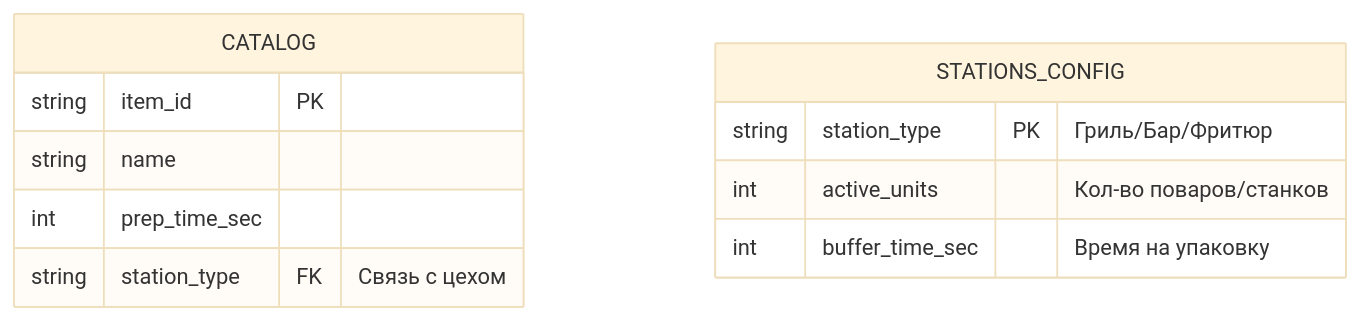
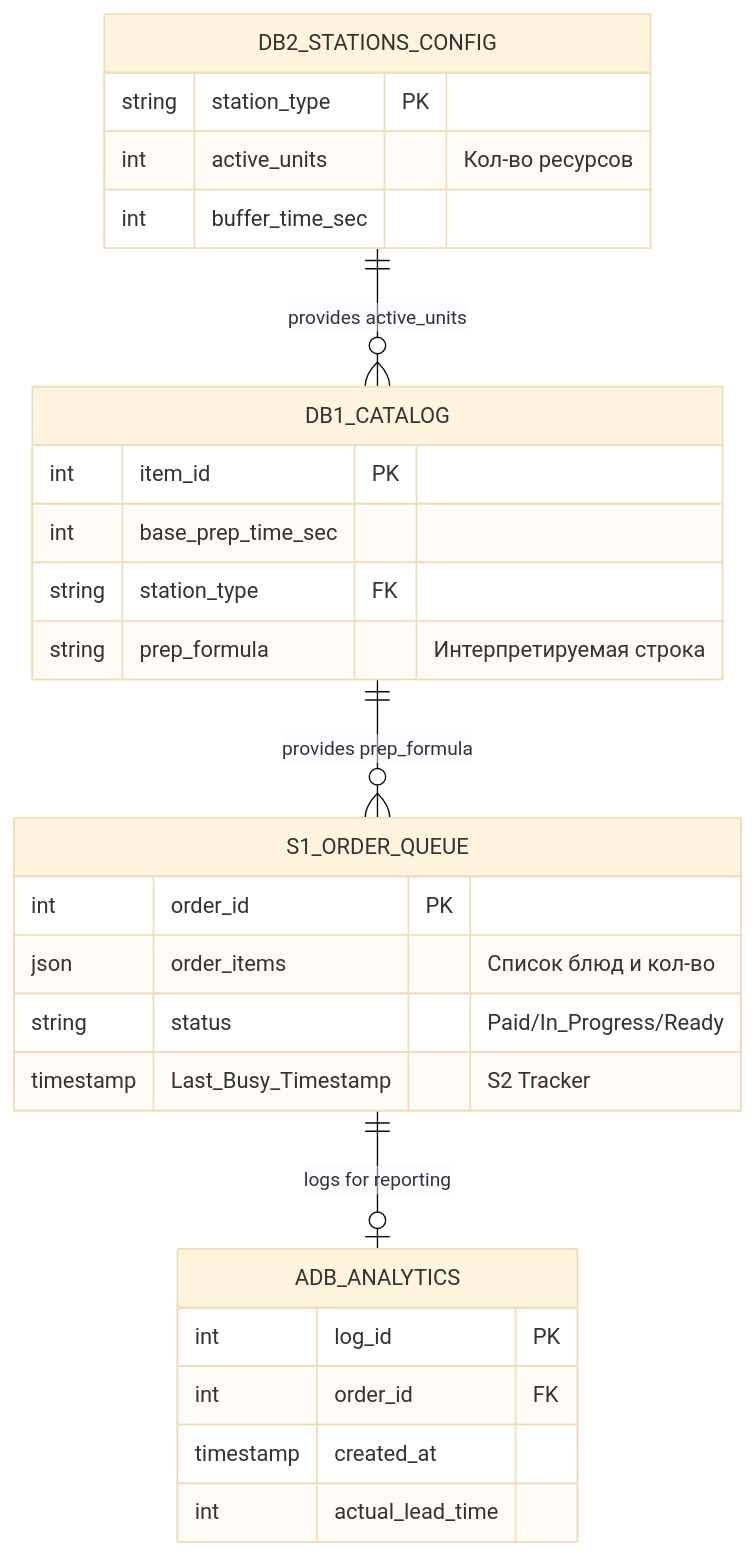
The third of 3 diagrams in docs/EPIC_01_Ordering.md (WGexe/KitchenSync), drawn with Mermaid (base theme) before and after one commit. The commit also changed other lines of this file, not shown here.

````diff
--- a/docs/EPIC_01_Ordering.md
+++ b/docs/EPIC_01_Ordering.md
@@ -139,16 +144,38 @@
 ```mermaid
 erDiagram
-    CATALOG {
-        string item_id PK
-        string name
-        int prep_time_sec
-        string station_type FK "Связь с цехом"
-    }
-    
-    STATIONS_CONFIG {
-        string station_type PK "Гриль/Бар/Фритюр"
-        int active_units "Кол-во поваров/станков"
-        int buffer_time_sec "Время на упаковку"
+    %% Справочный контур
+    DB1_CATALOG ||--o{ S1_ORDER_QUEUE : "provides prep_formula"
+    DB2_STATIONS_CONFIG ||--o{ DB1_CATALOG : "provides active_units"
+    S1_ORDER_QUEUE ||--o| ADB_ANALYTICS : "logs for reporting"
+
+    DB1_CATALOG {
+        int item_id PK
+        int base_prep_time_sec
+        string station_type FK
+        string prep_formula "Интерпретируемая строка"
     }
 
+    DB2_STATIONS_CONFIG {
+        string station_type PK
+        int active_units "Кол-во ресурсов"
+        int buffer_time_sec
+    }
+
+    %% Операционный контур
+    S1_ORDER_QUEUE {
+        int order_id PK
+        json order_items "Список блюд и кол-во"
+        string status "Paid/In_Progress/Ready"
+        timestamp Last_Busy_Timestamp "S2 Tracker"
+    }
+
+    %% Аналитика
+    ADB_ANALYTICS {
+        int log_id PK
+        int order_id FK
+        timestamp created_at
+        int actual_lead_time
+    }
+
+
 ```
````
